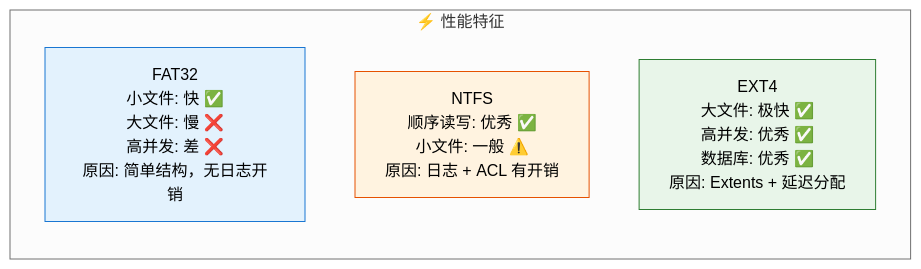
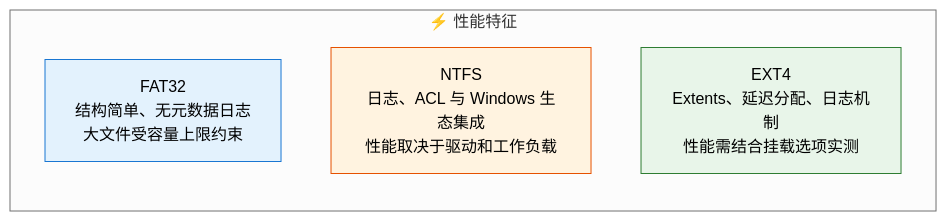
The third of 4 diagrams in Docker/06-文件系统解析.md (SongF0140/blog_knowledge), drawn with Mermaid (neutral theme) before and after one commit. The commit also changed other lines of this file and 12 other files, not shown here.

````diff
--- a/Docker/06-文件系统解析.md
+++ b/Docker/06-文件系统解析.md
@@ -232,13 +230,13 @@
 ```mermaid
 flowchart LR
     subgraph PERF["⚡ 性能特征"]
         direction TB
-        FAT32_P["FAT32<br/>小文件: 快 ✅<br/>大文件: 慢 ❌<br/>高并发: 差 ❌<br/>原因: 简单结构，无日志开销"]
-        NTFS_P["NTFS<br/>顺序读写: 优秀 ✅<br/>小文件: 一般 ⚠️<br/>原因: 日志 + ACL 有开销"]
-        EXT4_P["EXT4<br/>大文件: 极快 ✅<br/>高并发: 优秀 ✅<br/>数据库: 优秀 ✅<br/>原因: Extents + 延迟分配"]
+        FAT32_P["FAT32<br/>结构简单、无元数据日志<br/>大文件受容量上限约束"]
+        NTFS_P["NTFS<br/>日志、ACL 与 Windows 生态集成<br/>性能取决于驱动和工作负载"]
+        EXT4_P["EXT4<br/>Extents、延迟分配、日志机制<br/>性能需结合挂载选项实测"]
     end
 
     style FAT32_P fill:#e3f2fd,stroke:#1976d2
     style NTFS_P fill:#fff3e0,stroke:#e65100
     style EXT4_P fill:#e8f5e9,stroke:#2e7d32
 ```
````
